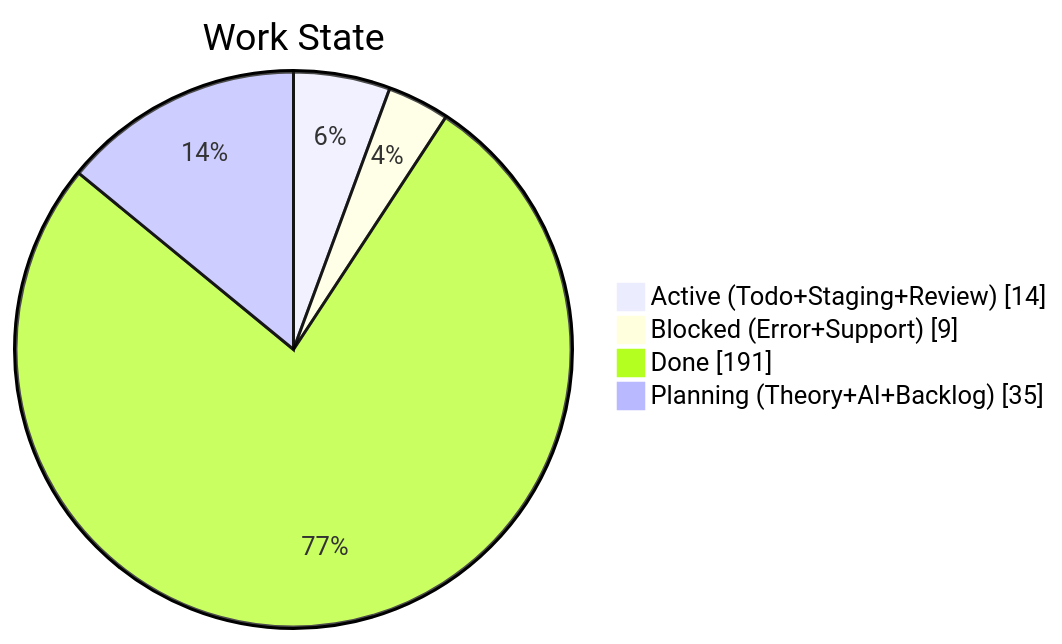
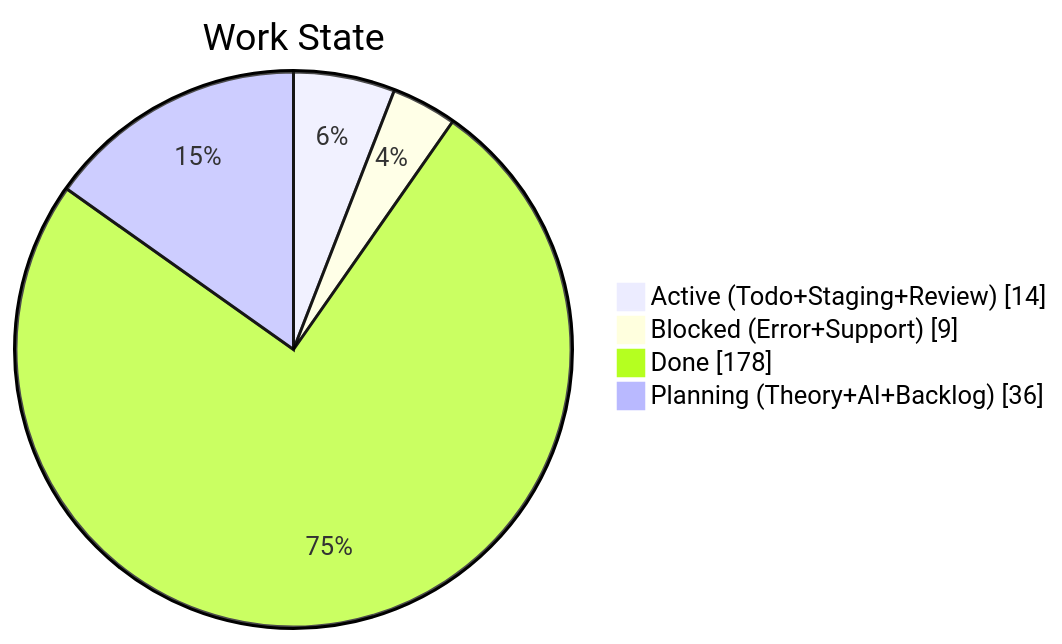
One commit to KBVE/kbve changed the second of 4 diagrams in apps/kbve/astro-kbve/src/content/docs/dashboard/kanban-data.mdx. Above: the diagram before and after it, drawn with Mermaid. The commit also changed other lines of this file and 2 other files, not shown here.

````diff
--- a/apps/kbve/astro-kbve/src/content/docs/dashboard/kanban-data.mdx
+++ b/apps/kbve/astro-kbve/src/content/docs/dashboard/kanban-data.mdx
@@ -68,8 +68,8 @@
 ```mermaid
 pie showData
     title Work State
     "Active (Todo+Staging+Review)" : 14
     "Blocked (Error+Support)" : 9
-    "Done" : 191
-    "Planning (Theory+AI+Backlog)" : 35
+    "Done" : 178
+    "Planning (Theory+AI+Backlog)" : 36
 ```
````
